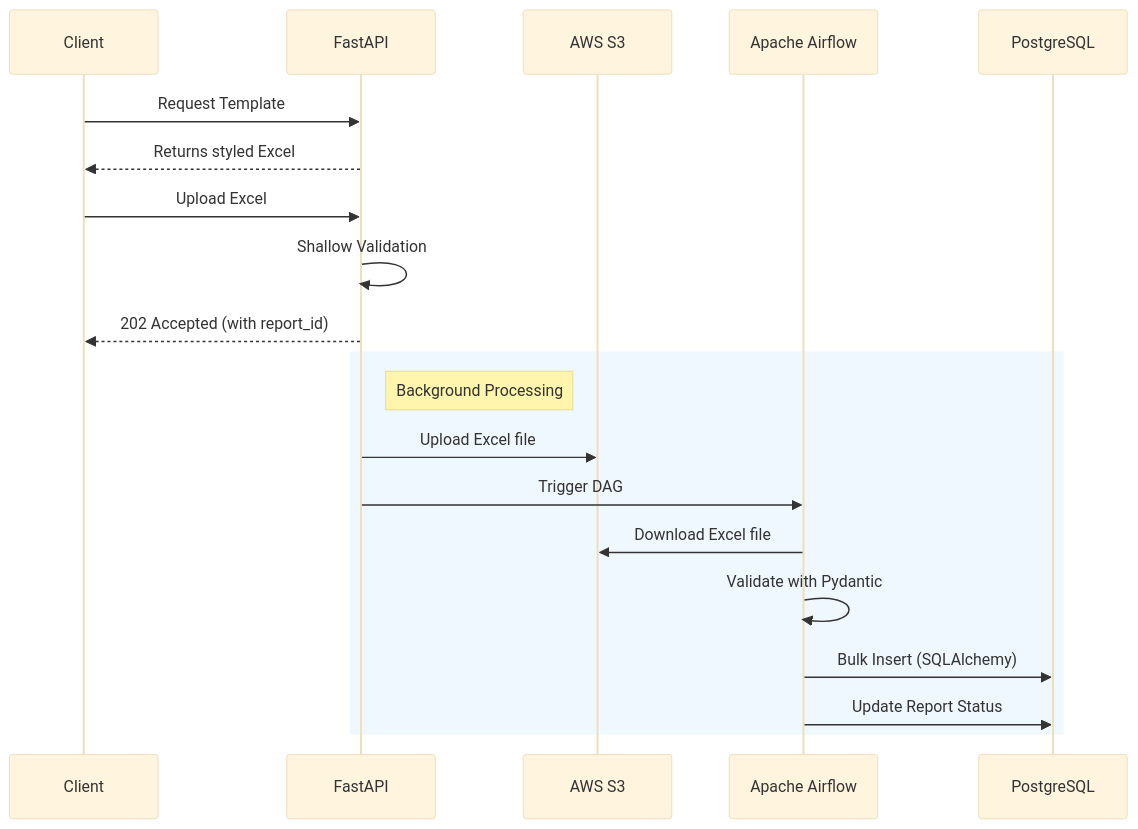
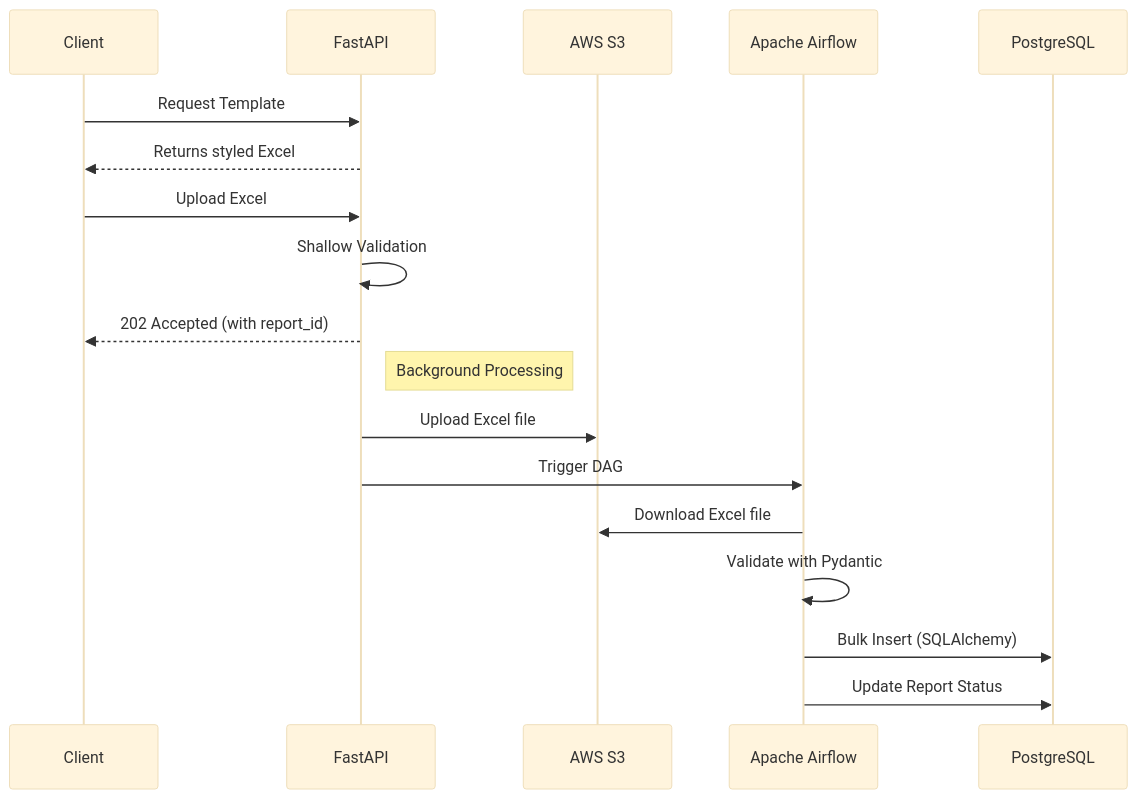
The diagram in advika-production-systems/nexamaze-bulk-upload.md (ctrixcode/system-design-work), drawn with Mermaid (base theme) before and after one commit.

Commit message:
fix: whiet bg issue in bulk upload md

````diff
--- a/advika-production-systems/nexamaze-bulk-upload.md
+++ b/advika-production-systems/nexamaze-bulk-upload.md
@@ -8,25 +8,23 @@
 ```mermaid
 sequenceDiagram
     participant Client
     participant FastAPI
     participant S3 as AWS S3
     participant Airflow as Apache Airflow
     participant DB as PostgreSQL
 
     Client->>FastAPI: Request Template
     FastAPI-->>Client: Returns styled Excel
     
     Client->>FastAPI: Upload Excel
     FastAPI->>FastAPI: Shallow Validation
     FastAPI-->>Client: 202 Accepted (with report_id)
     
-    rect rgb(240, 248, 255)
-        note right of FastAPI: Background Processing
-        FastAPI->>S3: Upload Excel file
-        FastAPI->>Airflow: Trigger DAG
-        Airflow->>S3: Download Excel file
-        Airflow->>Airflow: Validate with Pydantic
-        Airflow->>DB: Bulk Insert (SQLAlchemy)
-        Airflow->>DB: Update Report Status
-    end
+    note right of FastAPI: Background Processing
+    FastAPI->>S3: Upload Excel file
+    FastAPI->>Airflow: Trigger DAG
+    Airflow->>S3: Download Excel file
+    Airflow->>Airflow: Validate with Pydantic
+    Airflow->>DB: Bulk Insert (SQLAlchemy)
+    Airflow->>DB: Update Report Status
 ```
````
